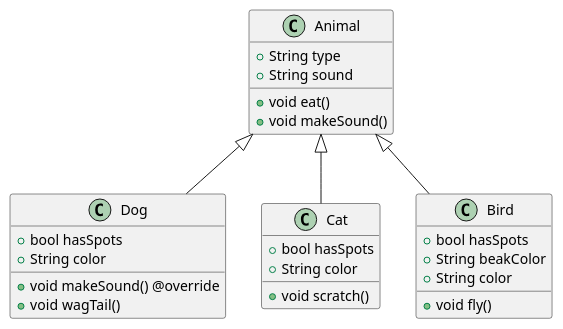
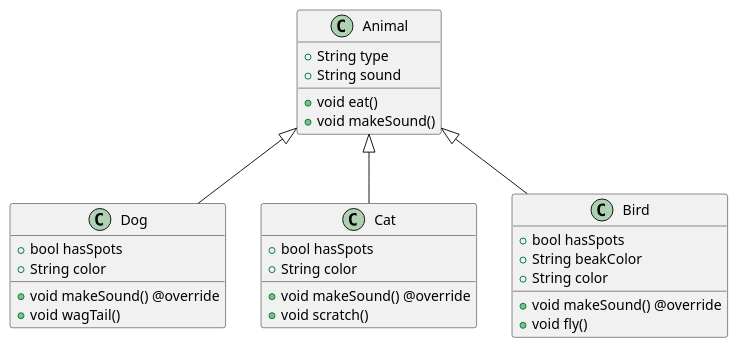
Before and after one commit to SeSAC-Flutter-6/learn_dart_together: the diagram in lib/04_inheritance/practice_4/practice_4.puml, drawn with PlantUML. The commit also changed 1 other file, not shown here.

```diff
--- a/lib/04_inheritance/practice_4/practice_4.puml
+++ b/lib/04_inheritance/practice_4/practice_4.puml
@@ -1,29 +1,31 @@
 @startuml
 class Animal {
     + String type
     + String sound
     + void eat()
     + void makeSound()
 }
 
 class Dog extends Animal {
     + bool hasSpots
     + String color
     + void makeSound() @override
     + void wagTail()
 }
 
 class Cat extends Animal {
     + bool hasSpots
     + String color
+    + void makeSound() @override
     + void scratch()
 }
 
 class Bird extends Animal {
     + bool hasSpots
     + String beakColor
     + String color
+    + void makeSound() @override
     + void fly()
 }
 
 @enduml
```
